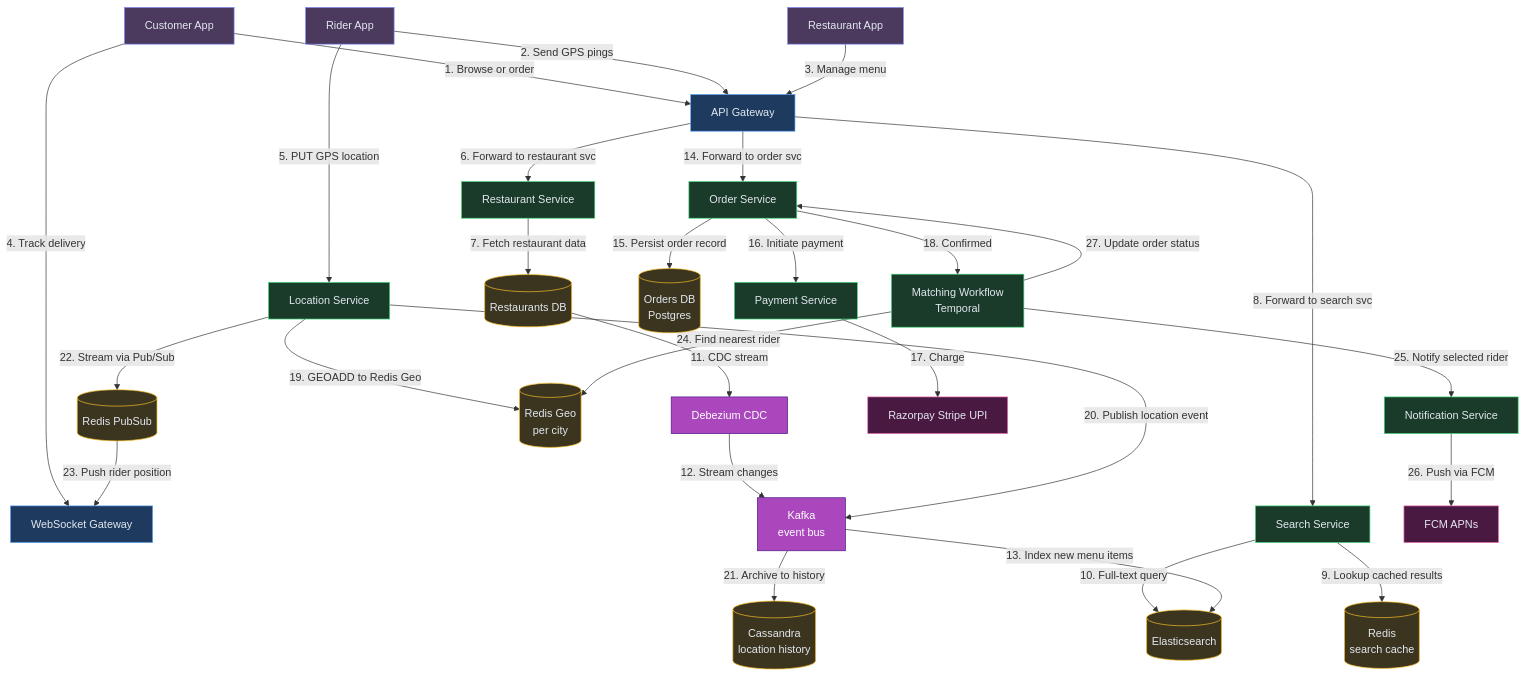
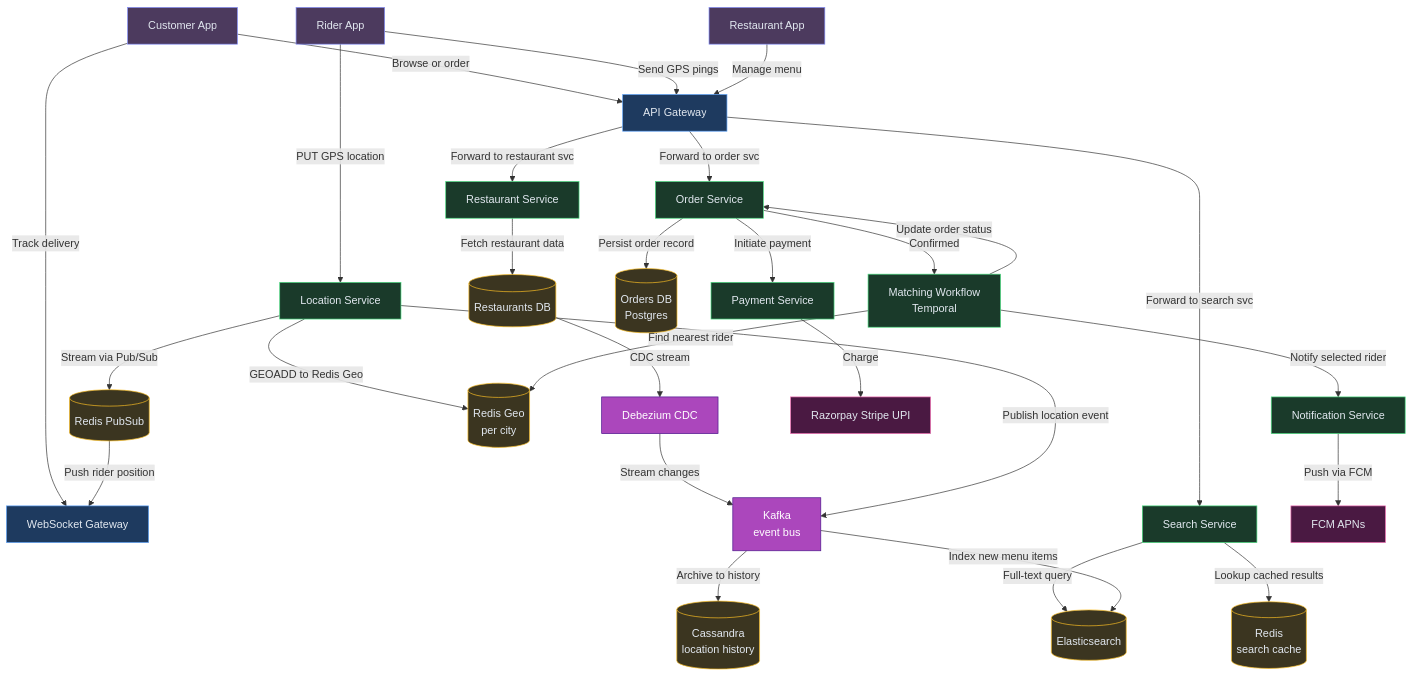
One commit to iluzn/HLD-Designs changed diagram 12 of 12 in content/hld/Zomato.md. Above: the diagram before and after it, drawn with Mermaid. The commit also changed 26 other files, not shown here.

First line of the commit message:
fix(hld): Remove confusing number prefixes from final architecture diagrams

````diff
--- a/content/hld/Zomato.md
+++ b/content/hld/Zomato.md
@@ -677,65 +677,65 @@
 ```mermaid
 flowchart TD
     CUST["Customer App"]:::client
     RIDER["Rider App"]:::client
     REST["Restaurant App"]:::client
     GW["API Gateway"]:::edge
     WS["WebSocket Gateway"]:::edge
 
     RSVC["Restaurant Service"]:::service
     SEARCH["Search Service"]:::service
     ORDER["Order Service"]:::service
     PAY["Payment Service"]:::service
     LOC["Location Service"]:::service
     MATCH["Matching Workflow<br/>Temporal"]:::service
     NOTIF["Notification Service"]:::service
 
     PUBSUB[("Redis PubSub")]:::data
     GEO[("Redis Geo<br/>per city")]:::data
     SCACHE[("Redis<br/>search cache")]:::data
     ES[("Elasticsearch")]:::data
     ORDERDB[("Orders DB<br/>Postgres")]:::data
     RDB[("Restaurants DB")]:::data
     HIST[("Cassandra<br/>location history")]:::data
     K["Kafka<br/>event bus"]:::async
     CDC["Debezium CDC"]:::async
 
     PG["Razorpay Stripe UPI"]:::external
     PUSH["FCM APNs"]:::external
 
-    CUST -->|"1. Browse or order"| GW
-    RIDER -->|"2. Send GPS pings"| GW
-    REST -->|"3. Manage menu"| GW
-    CUST -->|"4. Track delivery"| WS
-    RIDER -->|"5. PUT GPS location"| LOC
+    CUST -->|"Browse or order"| GW
+    RIDER -->|"Send GPS pings"| GW
+    REST -->|"Manage menu"| GW
+    CUST -->|"Track delivery"| WS
+    RIDER -->|"PUT GPS location"| LOC
 
-    GW -->|"6. Forward to restaurant svc"| RSVC
-    RSVC -->|"7. Fetch restaurant data"| RDB
-    GW -->|"8. Forward to search svc"| SEARCH
-    SEARCH -->|"9. Lookup cached results"| SCACHE
-    SEARCH -->|"10. Full-text query"| ES
-    RDB -->|"11. CDC stream"| CDC
-    CDC -->|"12. Stream changes"| K
-    K -->|"13. Index new menu items"| ES
-    GW -->|"14. Forward to order svc"| ORDER
-    ORDER -->|"15. Persist order record"| ORDERDB
-    ORDER -->|"16. Initiate payment"| PAY
-    PAY -->|"17. Charge"| PG
-    ORDER -->|"18. Confirmed"| MATCH
-    LOC -->|"19. GEOADD to Redis Geo"| GEO
-    LOC -->|"20. Publish location event"| K
-    K -->|"21. Archive to history"| HIST
-    LOC -->|"22. Stream via Pub/Sub"| PUBSUB
-    PUBSUB -->|"23. Push rider position"| WS
-    MATCH -->|"24. Find nearest rider"| GEO
-    MATCH -->|"25. Notify selected rider"| NOTIF
-    NOTIF -->|"26. Push via FCM"| PUSH
-    MATCH -->|"27. Update order status"| ORDER
+    GW -->|"Forward to restaurant svc"| RSVC
+    RSVC -->|"Fetch restaurant data"| RDB
+    GW -->|"Forward to search svc"| SEARCH
+    SEARCH -->|"Lookup cached results"| SCACHE
+    SEARCH -->|"Full-text query"| ES
+    RDB -->|"CDC stream"| CDC
+    CDC -->|"Stream changes"| K
+    K -->|"Index new menu items"| ES
+    GW -->|"Forward to order svc"| ORDER
+    ORDER -->|"Persist order record"| ORDERDB
+    ORDER -->|"Initiate payment"| PAY
+    PAY -->|"Charge"| PG
+    ORDER -->|"Confirmed"| MATCH
+    LOC -->|"GEOADD to Redis Geo"| GEO
+    LOC -->|"Publish location event"| K
+    K -->|"Archive to history"| HIST
+    LOC -->|"Stream via Pub/Sub"| PUBSUB
+    PUBSUB -->|"Push rider position"| WS
+    MATCH -->|"Find nearest rider"| GEO
+    MATCH -->|"Notify selected rider"| NOTIF
+    NOTIF -->|"Push via FCM"| PUSH
+    MATCH -->|"Update order status"| ORDER
 
     classDef client fill:#4c3a5e,stroke:#818cf8,color:#e2e8f0
     classDef edge fill:#1e3a5f,stroke:#60a5fa,color:#e2e8f0
     classDef service fill:#1a3a2a,stroke:#4ade80,color:#e2e8f0
     classDef async fill:#AB47BC,stroke:#4A148C,color:#fff
     classDef data fill:#3b3520,stroke:#fbbf24,color:#e2e8f0
     classDef external fill:#4a1942,stroke:#f472b6,color:#e2e8f0
 ```
````
